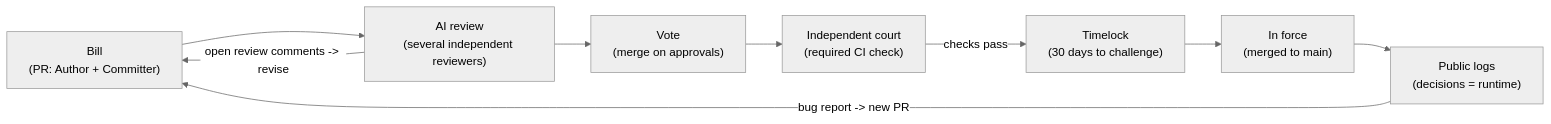
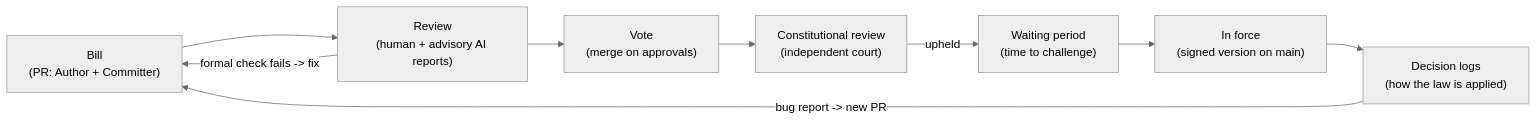
The diagram in README.md (sorrow8/git-state), drawn with Mermaid (neutral theme) before and after one commit. The commit also changed other lines of this file, not shown here.

First line of the commit message:
Revise concept after review

````diff
--- a/README.md
+++ b/README.md
@@ -19,11 +19,11 @@
 ```mermaid
 flowchart LR
-    PR["Bill<br/>(PR: Author + Committer)"] --> REV["AI review<br/>(several independent reviewers)"]
-    REV -- "open review comments -> revise" --> PR
+    PR["Bill<br/>(PR: Author + Committer)"] --> REV["Review<br/>(human + advisory AI reports)"]
+    REV -- "formal check fails -> fix" --> PR
     REV --> VOTE["Vote<br/>(merge on approvals)"]
-    VOTE --> CI["Independent court<br/>(required CI check)"]
-    CI -- "checks pass" --> TL["Timelock<br/>(30 days to challenge)"]
-    TL --> MAIN["In force<br/>(merged to main)"]
-    MAIN --> LOGS["Public logs<br/>(decisions = runtime)"]
+    VOTE --> CI["Constitutional review<br/>(independent court)"]
+    CI -- "upheld" --> TL["Waiting period<br/>(time to challenge)"]
+    TL --> MAIN["In force<br/>(signed version on main)"]
+    MAIN --> LOGS["Decision logs<br/>(how the law is applied)"]
     LOGS -- "bug report -> new PR" --> PR
 ```
````
